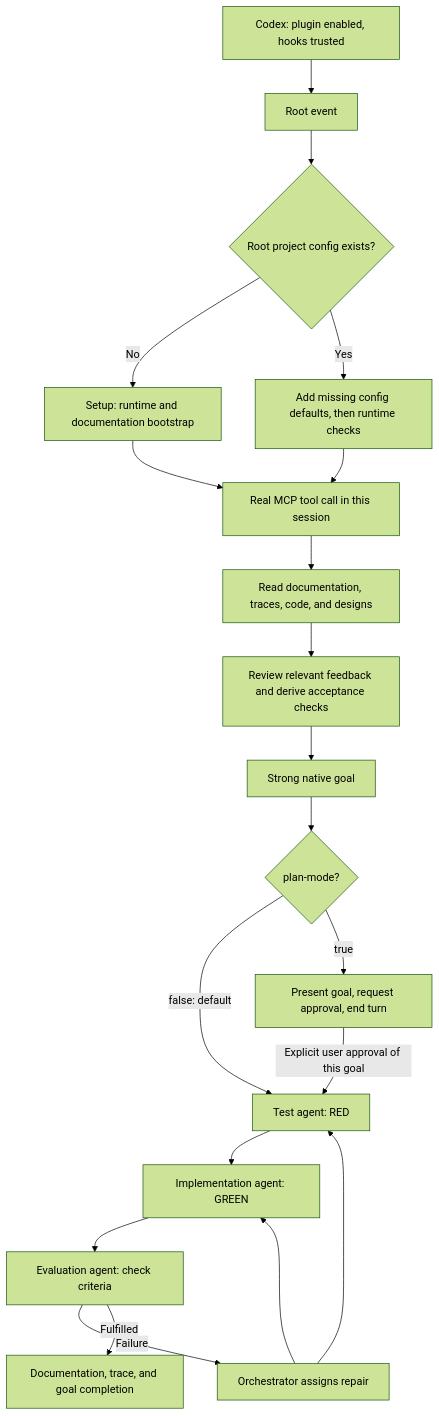
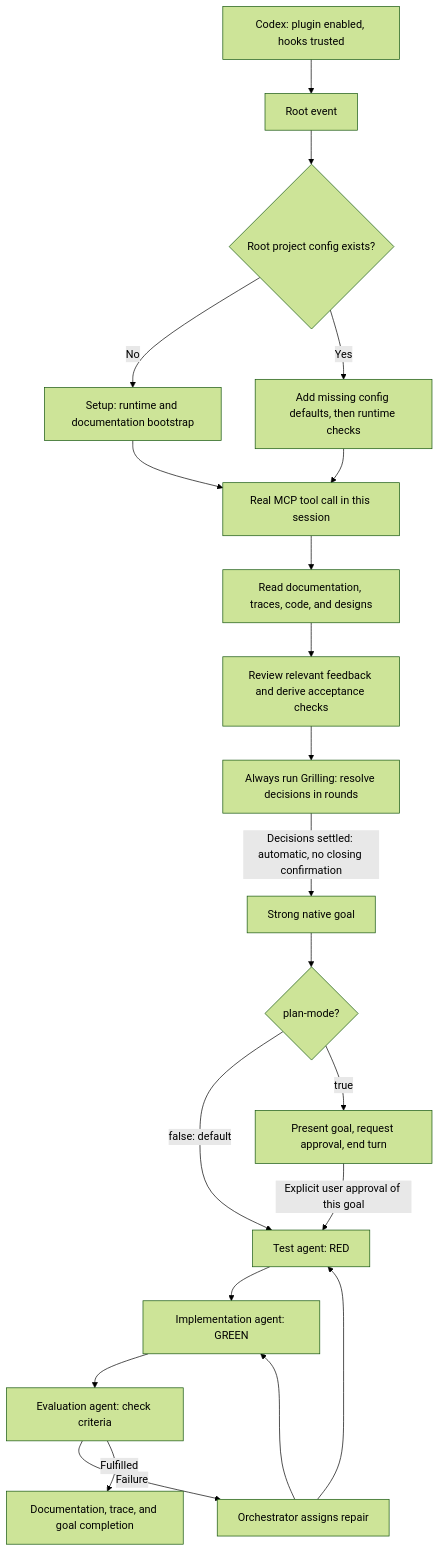
Before and after one commit to Chris-1337/KISS-Chris-Stack: the diagram in docs/PRODUKT-ONBOARDING.md, drawn with Mermaid (forest theme). The commit also changed other lines of this file and 18 other files, not shown here.

Commit message:
feat: require grilling before every goal

````diff
--- a/docs/PRODUKT-ONBOARDING.md
+++ b/docs/PRODUKT-ONBOARDING.md
@@ -17,22 +17,23 @@
 ```mermaid
 flowchart TD
     H[Codex: plugin enabled, hooks trusted] --> E[Root event]
     E --> P{Root project config exists?}
     P -->|No| S[Setup: runtime and documentation bootstrap]
     P -->|Yes| R[Add missing config defaults, then runtime checks]
     R --> M
     S --> M[Real MCP tool call in this session]
     M --> C[Read documentation, traces, code, and designs]
     C --> F[Review relevant feedback and derive acceptance checks]
-    F --> G[Strong native goal]
+    F --> Q[Always run Grilling: resolve decisions in rounds]
+    Q -->|Decisions settled: automatic, no closing confirmation| G[Strong native goal]
     G --> PMode{plan-mode?}
     PMode -->|false: default| T[Test agent: RED]
     PMode -->|true| A[Present goal, request approval, end turn]
     A -->|Explicit user approval of this goal| T
     T --> I[Implementation agent: GREEN]
     I --> V[Evaluation agent: check criteria]
     V -->|Failure| O[Orchestrator assigns repair]
     O --> T
     O --> I
     V -->|Fulfilled| D[Documentation, trace, and goal completion]
 ```
````
